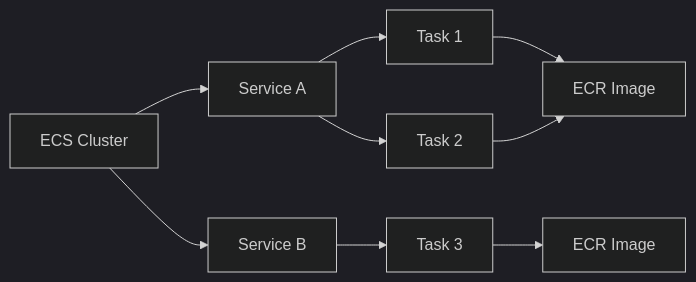
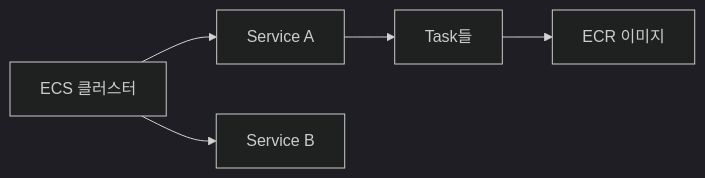
One commit to yjkim2015/yjkim2015.github.io changed the third of 9 diagrams in _posts/cloud/2026-05-03-aws-core-services.md. Above: the diagram before and after it, drawn with Mermaid (dark theme). The commit also changed 163 other files, not shown here.

First line of the commit message:
Mermaid 300개 블록 내용 축소: 5노드 5엣지 이하, 의미 있는 약어

````diff
--- a/_posts/cloud/2026-05-03-aws-core-services.md
+++ b/_posts/cloud/2026-05-03-aws-core-services.md
@@ -270,12 +270,7 @@
 ```mermaid
 graph LR
-    C[ECS Cluster]
-    C --> S1[Service A]
-    C --> S2[Service B]
-    S1 --> T1[Task 1]
-    S1 --> T2[Task 2]
-    S2 --> T3[Task 3]
-    T1 --> D1[ECR Image]
-    T2 --> D1
-    T3 --> D2[ECR Image]
+    C["ECS 클러스터"] --> SA["Service A"]
+    C --> SB["Service B"]
+    SA --> T["Task들"]
+    T --> ECR["ECR 이미지"]
 ```
````
